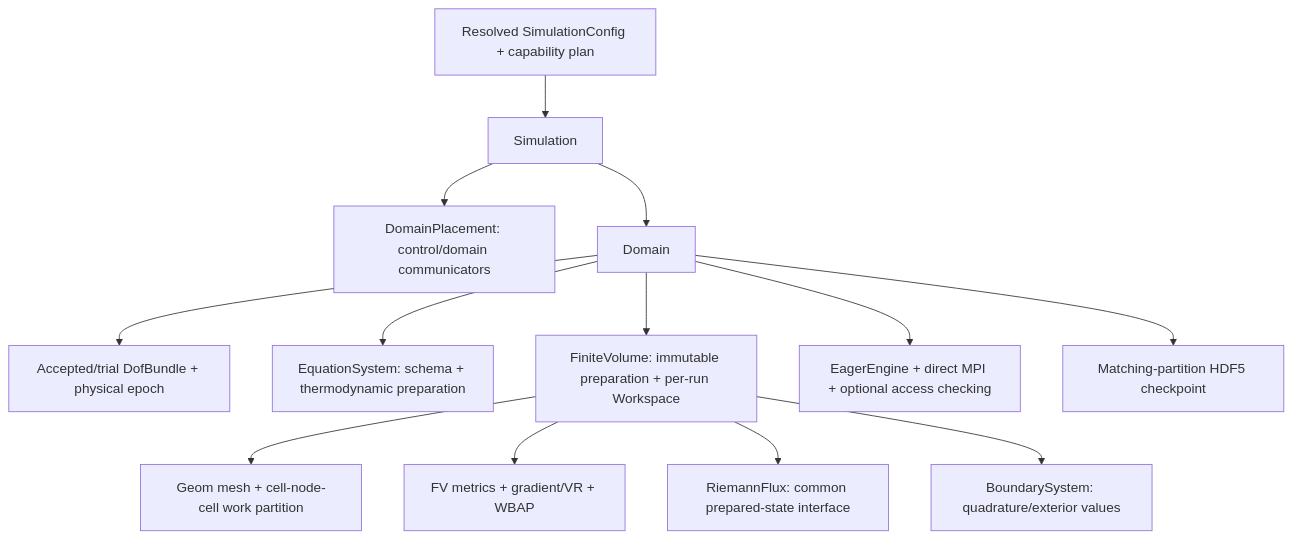
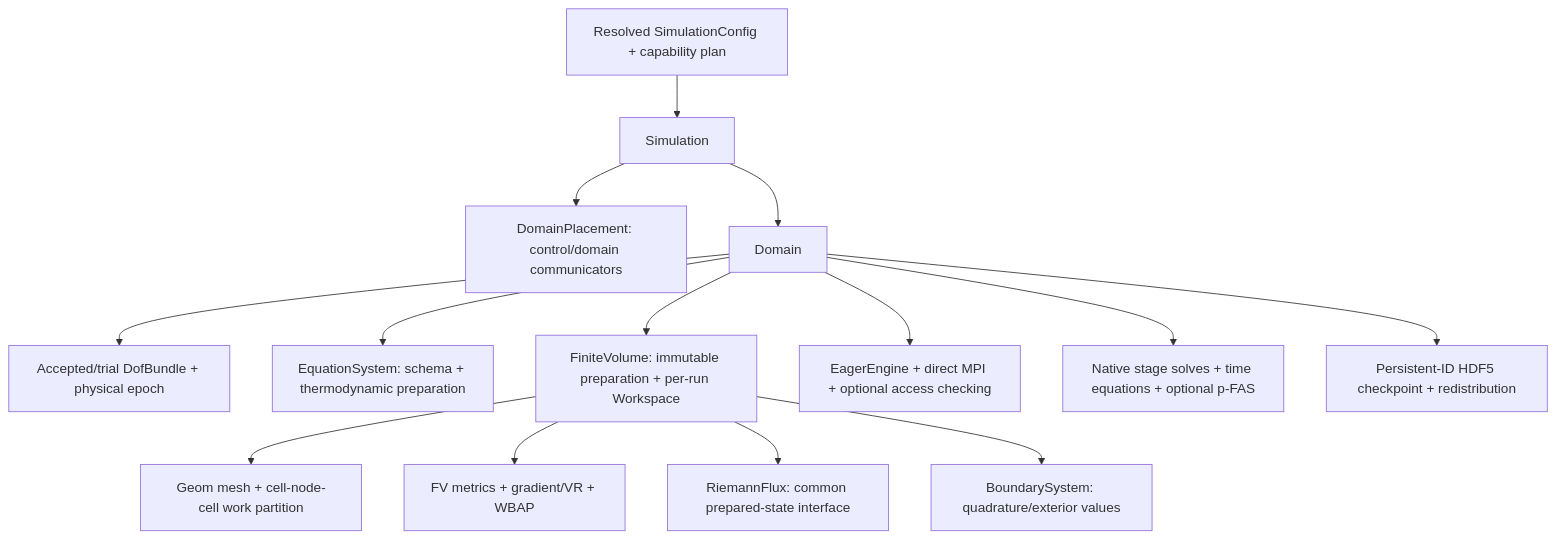
The first of 2 diagrams in docs/architecture/Cauchy.md (harryzhou2000/DNDSR), drawn with Mermaid before and after one commit. The commit also changed other lines of this file and 17 other files, not shown here.

````diff
--- a/docs/architecture/Cauchy.md
+++ b/docs/architecture/Cauchy.md
@@ -9,15 +13,16 @@
 ```mermaid
 flowchart TD
     Config[Resolved SimulationConfig + capability plan] --> Simulation
     Simulation --> Placement[DomainPlacement: control/domain communicators]
     Simulation --> Domain
     Domain --> State[Accepted/trial DofBundle + physical epoch]
     Domain --> Equation[EquationSystem: schema + thermodynamic preparation]
     Domain --> FV[FiniteVolume: immutable preparation + per-run Workspace]
     FV --> Geom[Geom mesh + cell-node-cell work partition]
     FV --> CFV[FV metrics + gradient/VR + WBAP]
     FV --> Flux[RiemannFlux: common prepared-state interface]
     FV --> BC[BoundarySystem: quadrature/exterior values]
     Domain --> Engine[EagerEngine + direct MPI + optional access checking]
-    Domain --> IO[Matching-partition HDF5 checkpoint]
+    Domain --> Implicit[Native stage solves + time equations + optional p-FAS]
+    Domain --> IO[Persistent-ID HDF5 checkpoint + redistribution]
 ```
````
